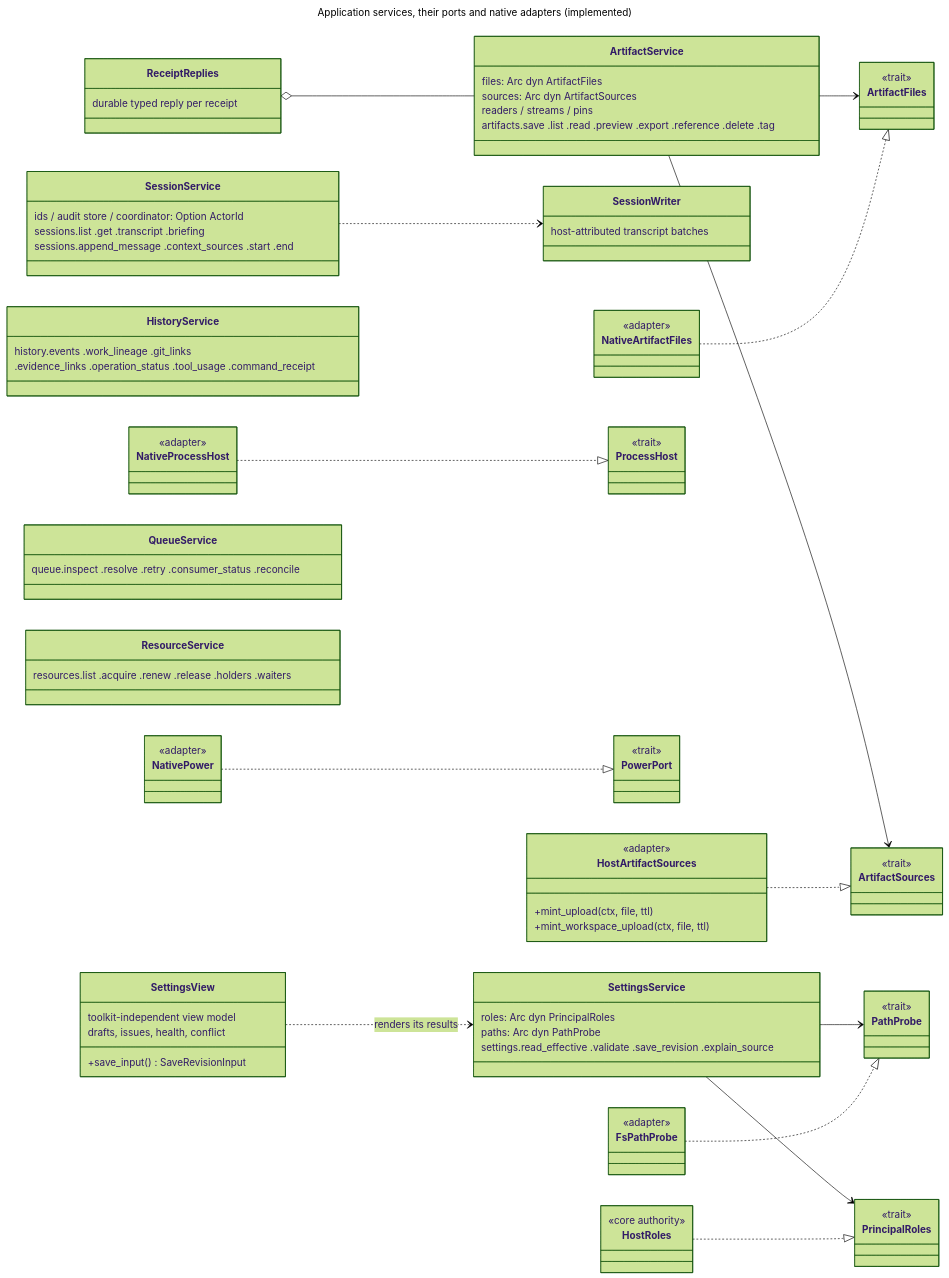
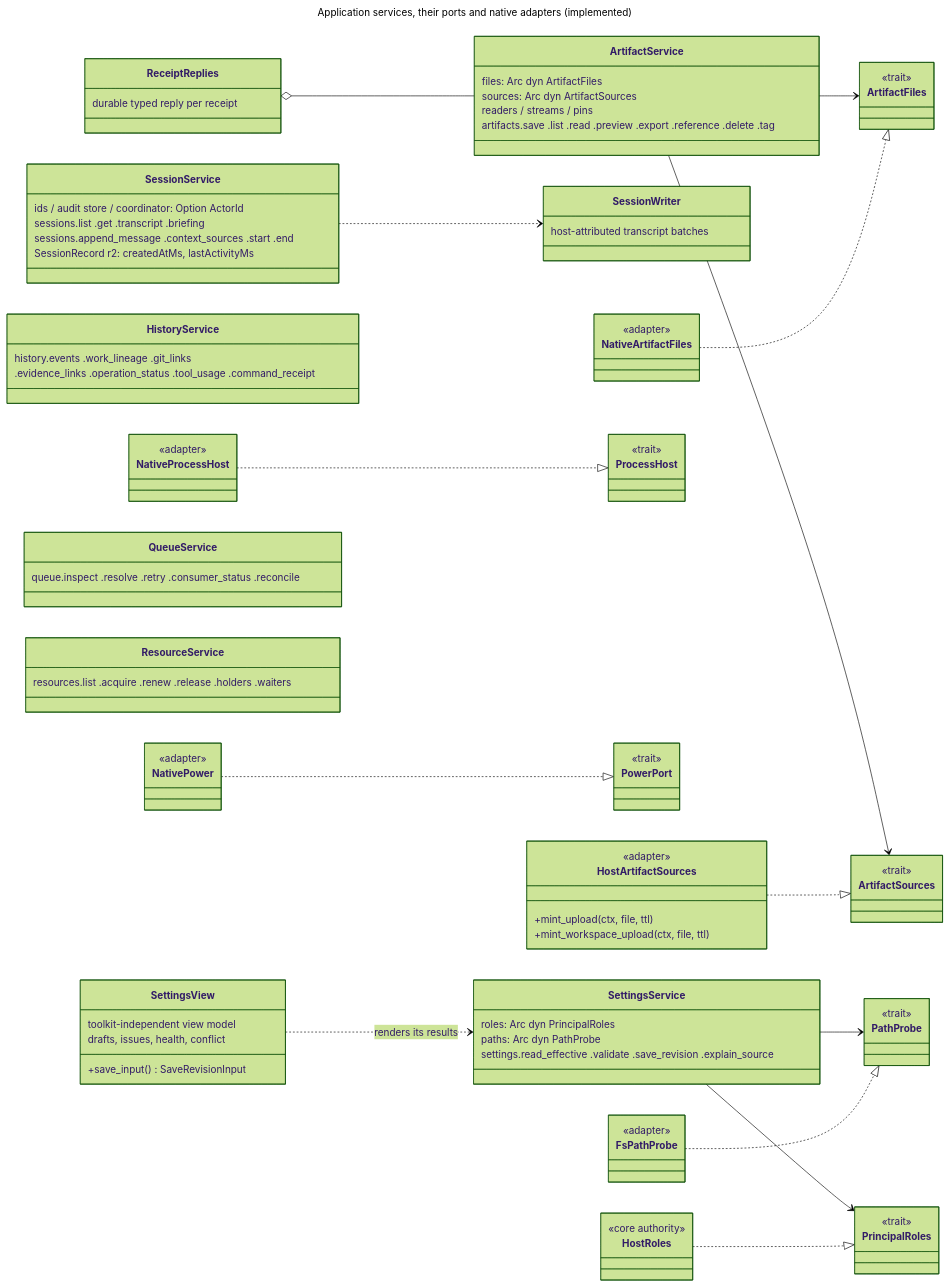
One commit to SceneWorks/DevWorks changed the diagram in docs/architecture/visual/04-services-and-ports.mmd. Above: the diagram before and after it, drawn with Mermaid (forest theme). The commit also changed 43 other files, not shown here.

```diff
--- a/docs/architecture/visual/04-services-and-ports.mmd
+++ b/docs/architecture/visual/04-services-and-ports.mmd
@@ -1,71 +1,72 @@
 ---
 title: Application services, their ports and native adapters (implemented)
 ---
 classDiagram
   direction LR
   class ArtifactService {
     files: Arc dyn ArtifactFiles
     sources: Arc dyn ArtifactSources
     readers / streams / pins
     artifacts.save .list .read .preview .export .reference .delete .tag
   }
   class ReceiptReplies {
     durable typed reply per receipt
   }
   class SessionService {
     ids / audit store / coordinator: Option ActorId
     sessions.list .get .transcript .briefing
     sessions.append_message .context_sources .start .end
+    SessionRecord r2: createdAtMs, lastActivityMs
   }
   class SessionWriter {
     host-attributed transcript batches
   }
   class HistoryService {
     history.events .work_lineage .git_links
     .evidence_links .operation_status .tool_usage .command_receipt
   }
   class SettingsService {
     roles: Arc dyn PrincipalRoles
     paths: Arc dyn PathProbe
     settings.read_effective .validate .save_revision .explain_source
   }
   class SettingsView {
     toolkit-independent view model
     drafts, issues, health, conflict
     +save_input() SaveRevisionInput
   }
   class QueueService {
     queue.inspect .resolve .retry .consumer_status .reconcile
   }
   class ResourceService {
     resources.list .acquire .renew .release .holders .waiters
   }
   class ArtifactFiles { <<trait>> }
   class ArtifactSources { <<trait>> }
   class PathProbe { <<trait>> }
   class PrincipalRoles { <<trait>> }
   class ProcessHost { <<trait>> }
   class PowerPort { <<trait>> }
   class NativeArtifactFiles { <<adapter>> }
   class HostArtifactSources {
     <<adapter>>
     +mint_upload(ctx, file, ttl)
     +mint_workspace_upload(ctx, file, ttl)
   }
   class FsPathProbe { <<adapter>> }
   class HostRoles { <<core authority>> }
   class NativeProcessHost { <<adapter>> }
   class NativePower { <<adapter>> }
   ArtifactService --> ArtifactFiles
   ArtifactService --> ArtifactSources
   ReceiptReplies o-- ArtifactService
   SessionService ..> SessionWriter
   SettingsService --> PathProbe
   SettingsService --> PrincipalRoles
   SettingsView ..> SettingsService : renders its results
   NativeArtifactFiles ..|> ArtifactFiles
   HostArtifactSources ..|> ArtifactSources
   FsPathProbe ..|> PathProbe
   HostRoles ..|> PrincipalRoles
   NativeProcessHost ..|> ProcessHost
   NativePower ..|> PowerPort
```
